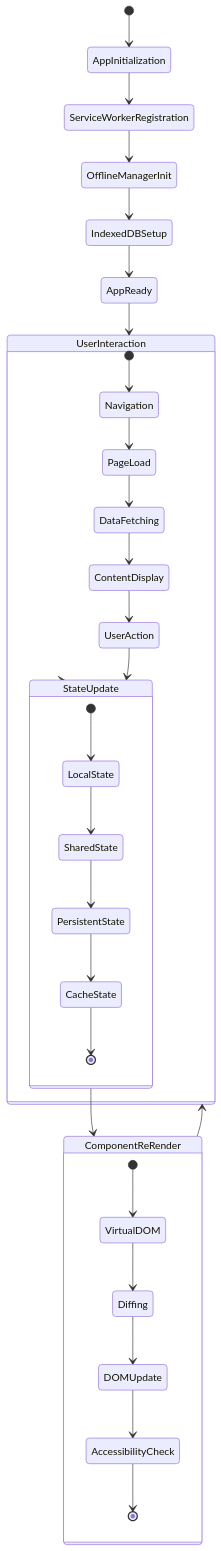
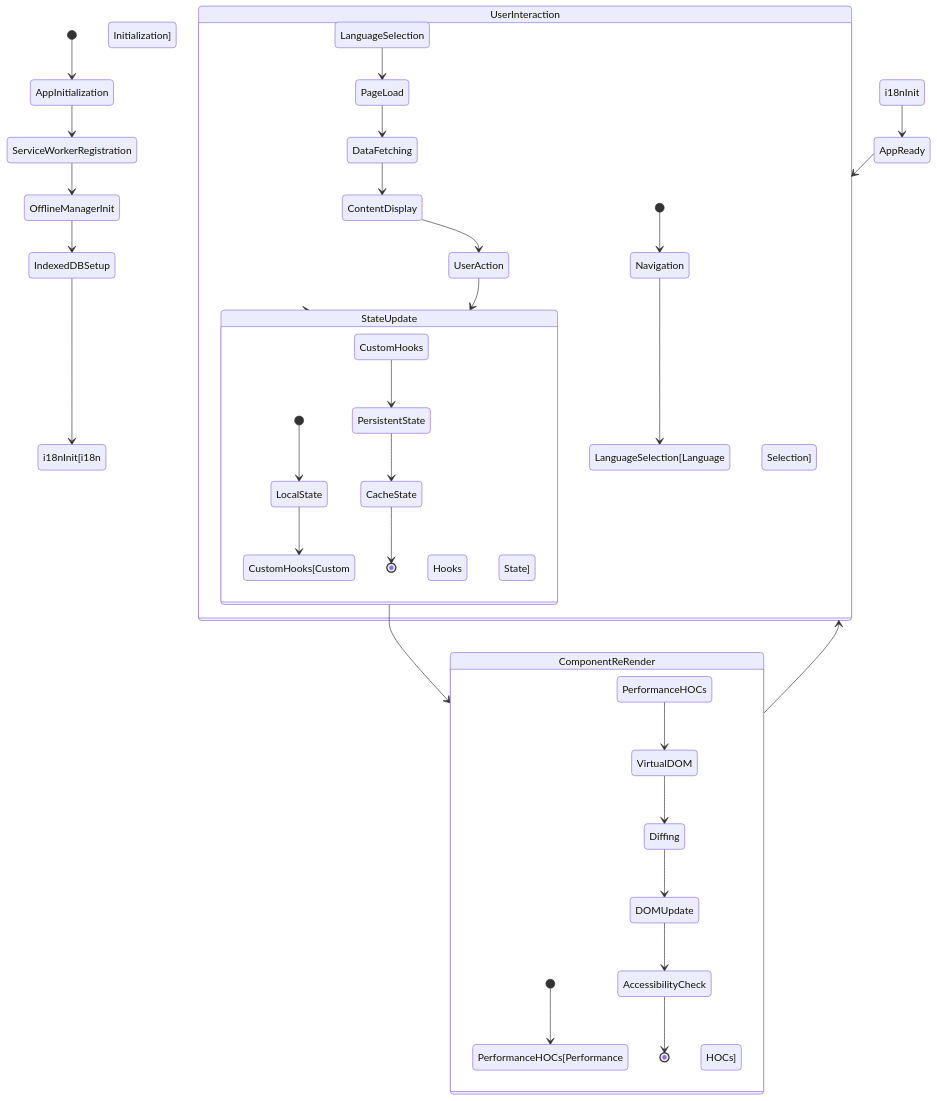
One commit to parnamail/abc-racing changed the fourth of 11 diagrams in ARCHITECTURE_DIAGRAM.md. Above: the diagram before and after it, drawn with Mermaid. The commit also changed other lines of this file, not shown here.

Commit message:
Architecture diagram updated

````diff
--- a/ARCHITECTURE_DIAGRAM.md
+++ b/ARCHITECTURE_DIAGRAM.md
@@ -176,39 +245,42 @@
 ```mermaid
 stateDiagram-v2
     [*] --> AppInitialization
     
     AppInitialization --> ServiceWorkerRegistration
     ServiceWorkerRegistration --> OfflineManagerInit
     OfflineManagerInit --> IndexedDBSetup
-    IndexedDBSetup --> AppReady
+    IndexedDBSetup --> i18nInit[i18n Initialization]
+    i18nInit --> AppReady
     
     AppReady --> UserInteraction
     UserInteraction --> StateUpdate
     StateUpdate --> ComponentReRender
     ComponentReRender --> UserInteraction
     
     state UserInteraction {
         [*] --> Navigation
-        Navigation --> PageLoad
+        Navigation --> LanguageSelection[Language Selection]
+        LanguageSelection --> PageLoad
         PageLoad --> DataFetching
         DataFetching --> ContentDisplay
         ContentDisplay --> UserAction
         UserAction --> StateUpdate
     }
     
     state StateUpdate {
         [*] --> LocalState
-        LocalState --> SharedState
-        SharedState --> PersistentState
+        LocalState --> CustomHooks[Custom Hooks State]
+        CustomHooks --> PersistentState
         PersistentState --> CacheState
         CacheState --> [*]
     }
     
     state ComponentReRender {
-        [*] --> VirtualDOM
+        [*] --> PerformanceHOCs[Performance HOCs]
+        PerformanceHOCs --> VirtualDOM
         VirtualDOM --> Diffing
         Diffing --> DOMUpdate
         DOMUpdate --> AccessibilityCheck
         AccessibilityCheck --> [*]
     }
 ```
````
